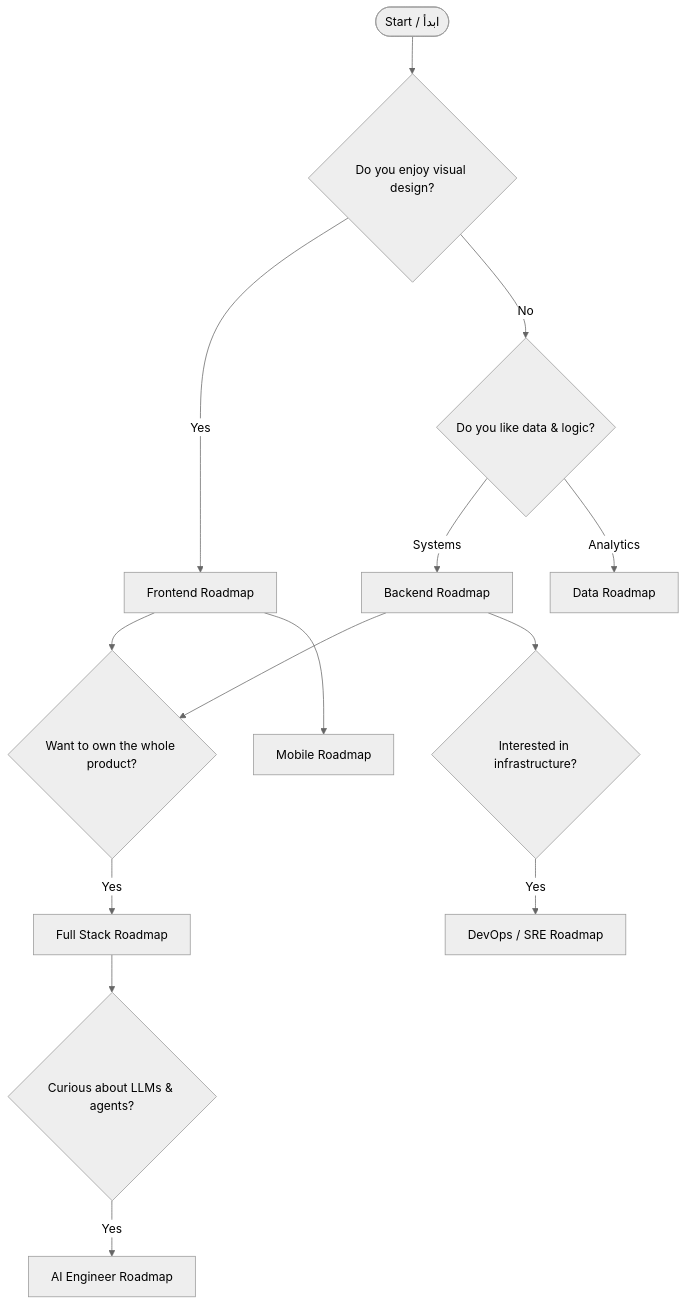
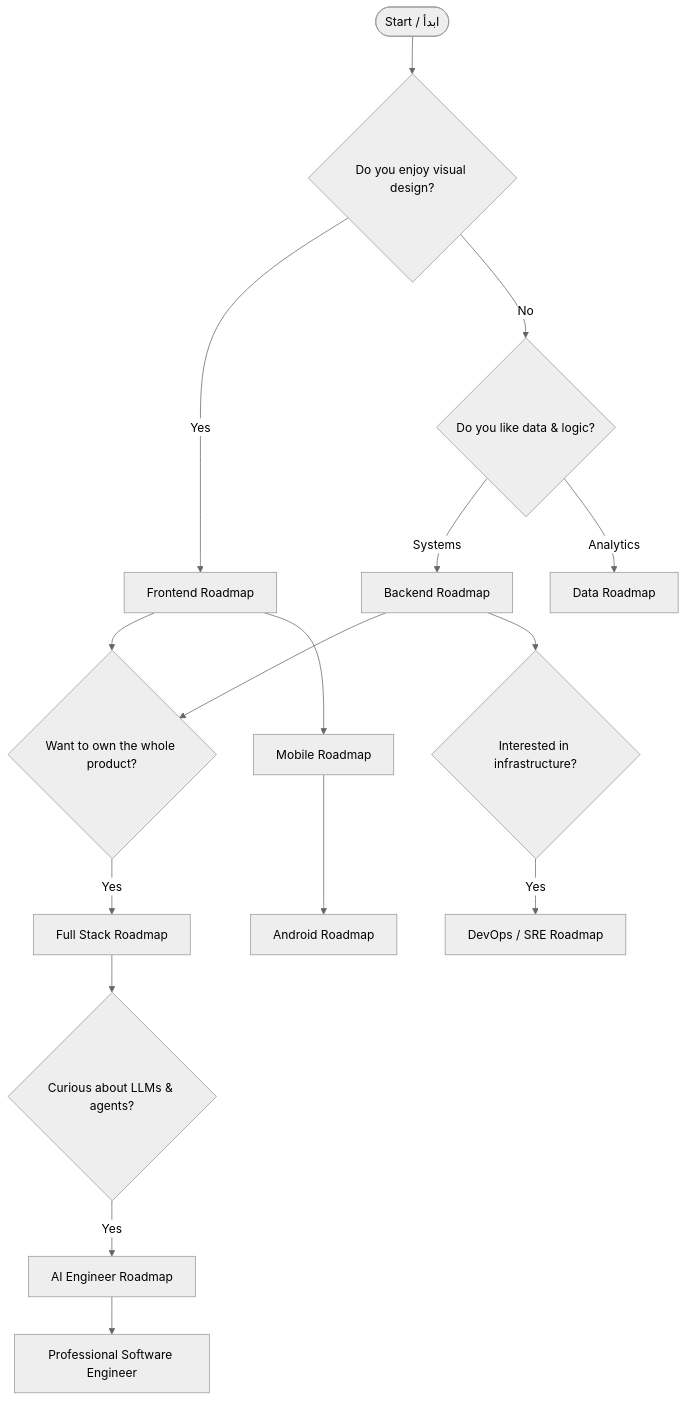
Before and after one commit to majid-alsakani/developer-roadmap: the diagram in README.md, drawn with Mermaid (neutral theme). The commit also changed other lines of this file and 9 other files, not shown here.

Commit message:
feat(roadmaps): expand Backend (82) & DevOps (86), add Android (68) bilingual maps; own branding

````diff
--- a/README.md
+++ b/README.md
@@ -149,16 +173,18 @@
 ```mermaid
 graph TD
     S([Start / ابدأ]) --> Q1{Do you enjoy visual design?}
     Q1 -- Yes --> FE[Frontend Roadmap]
     Q1 -- No --> Q2{Do you like data & logic?}
     Q2 -- Systems --> BE[Backend Roadmap]
     Q2 -- Analytics --> DE[Data Roadmap]
     FE --> Q3{Want to own the whole product?}
     BE --> Q3
     Q3 -- Yes --> FS[Full Stack Roadmap]
     BE --> Q4{Interested in infrastructure?}
     Q4 -- Yes --> DO[DevOps / SRE Roadmap]
     FS --> Q5{Curious about LLMs & agents?}
     Q5 -- Yes --> AI[AI Engineer Roadmap]
     FE --> MB[Mobile Roadmap]
+    MB --> AND[Android Roadmap]
+    AI --> PRO[Professional Software Engineer]
 ```
````
